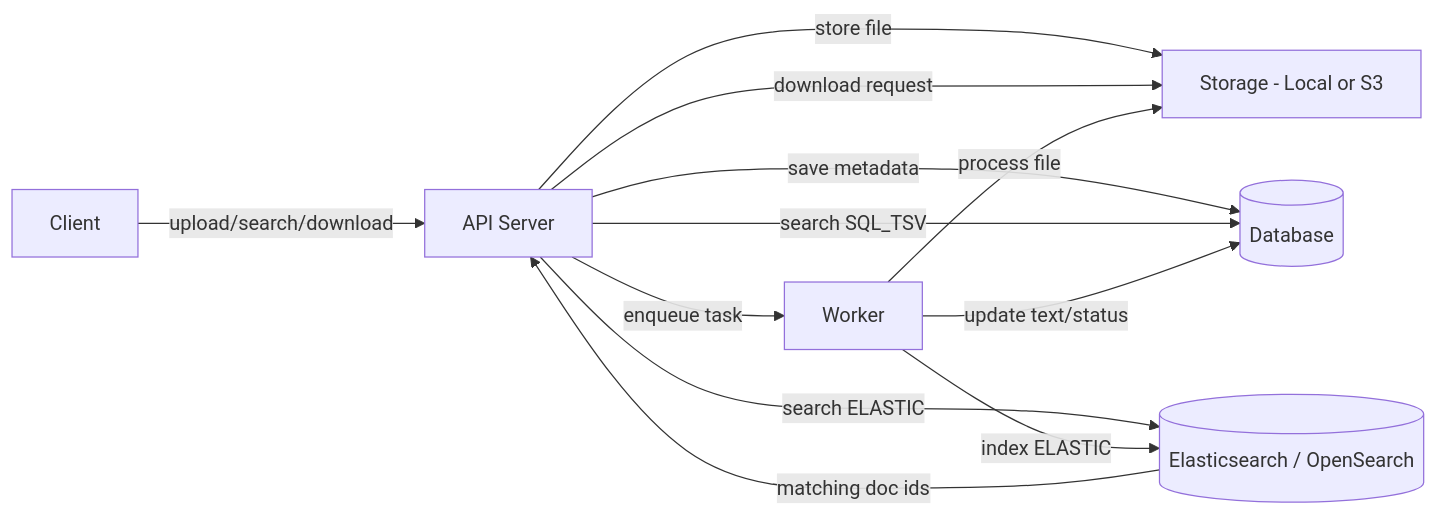
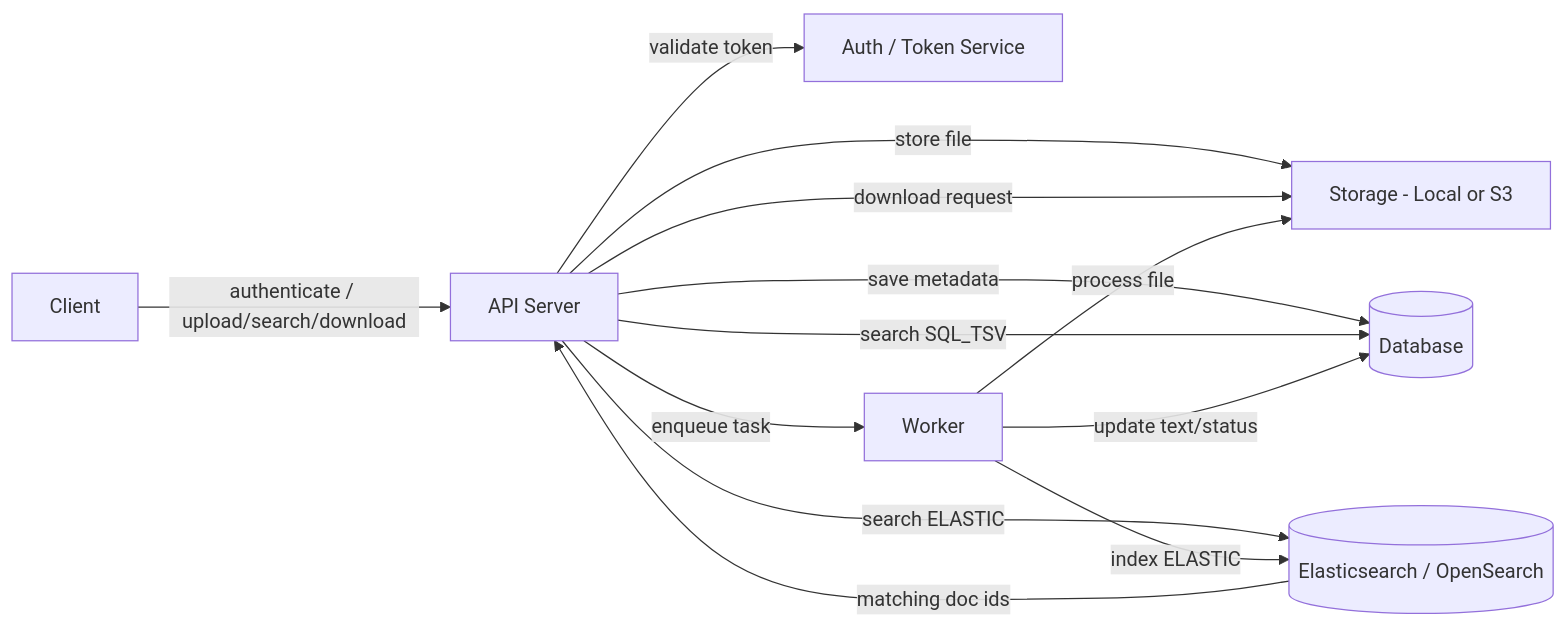
The diagram in docs/architecture.md (raj2121990/dms-fastapi-poc), drawn with Mermaid before and after one commit. The commit also changed other lines of this file and 11 other files, not shown here.

````diff
--- a/docs/architecture.md
+++ b/docs/architecture.md
@@ -21,20 +23,22 @@
 ```mermaid
 flowchart LR
   Client[Client]
   API[API Server]
+  Auth[Auth / Token Service]
   Storage[Storage - Local or S3]
   DB[(Database)]
   Worker[Worker]
   Elastic[(Elasticsearch / OpenSearch)]
-  Client -->|upload/search/download| API
+  Client -->|authenticate / upload/search/download| API
+  API -->|validate token| Auth
   API -->|store file| Storage
   API -->|save metadata| DB
   API -- "search SQL_TSV" --> DB
   API -- "search ELASTIC" --> Elastic
   Elastic -- "matching doc ids" --> API
   API -->|download request| Storage
   API -->|enqueue task| Worker
   Worker -->|process file| Storage
   Worker -->|update text/status| DB
   Worker -- "index ELASTIC" --> Elastic
 ```
````
